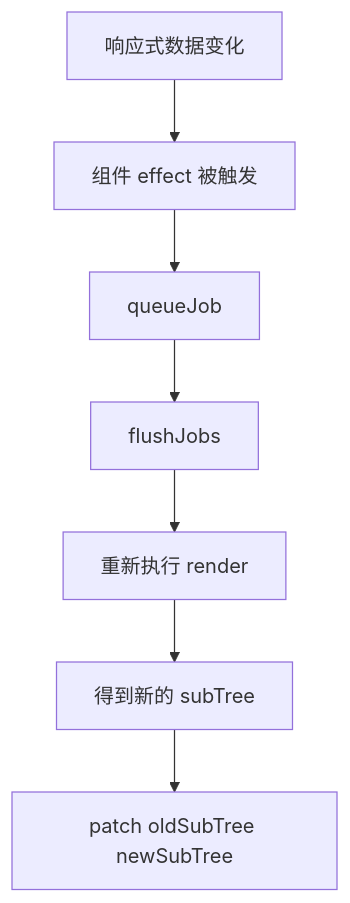
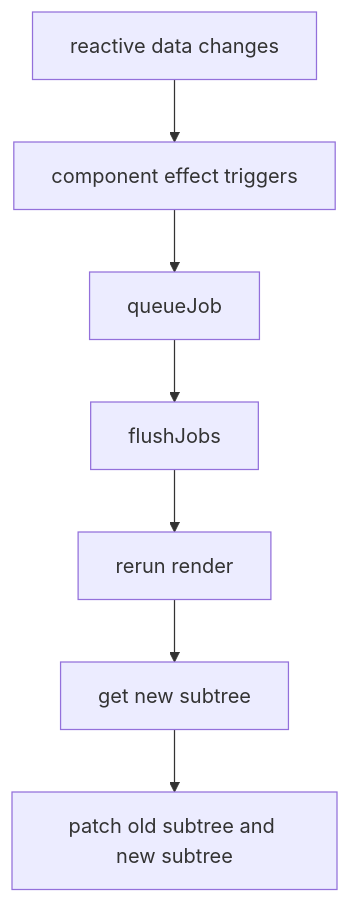
The second of 2 diagrams in docs/vue/source/runtime-core/runtime-core-overview.md (Tajigaqzh/front_basic), drawn with Mermaid before and after one commit. The commit also changed other lines of this file and 11 other files, not shown here.

````diff
--- a/docs/vue/source/runtime-core/runtime-core-overview.md
+++ b/docs/vue/source/runtime-core/runtime-core-overview.md
@@ -347,9 +347,9 @@
 ```mermaid
 flowchart TD
-    A["响应式数据变化"] --> B["组件 effect 被触发"]
+    A["reactive data changes"] --> B["component effect triggers"]
     B --> C["queueJob"]
     C --> D["flushJobs"]
-    D --> E["重新执行 render"]
-    E --> F["得到新的 subTree"]
-    F --> G["patch oldSubTree newSubTree"]
+    D --> E["rerun render"]
+    E --> F["get new subtree"]
+    F --> G["patch old subtree and new subtree"]
 ```
````
